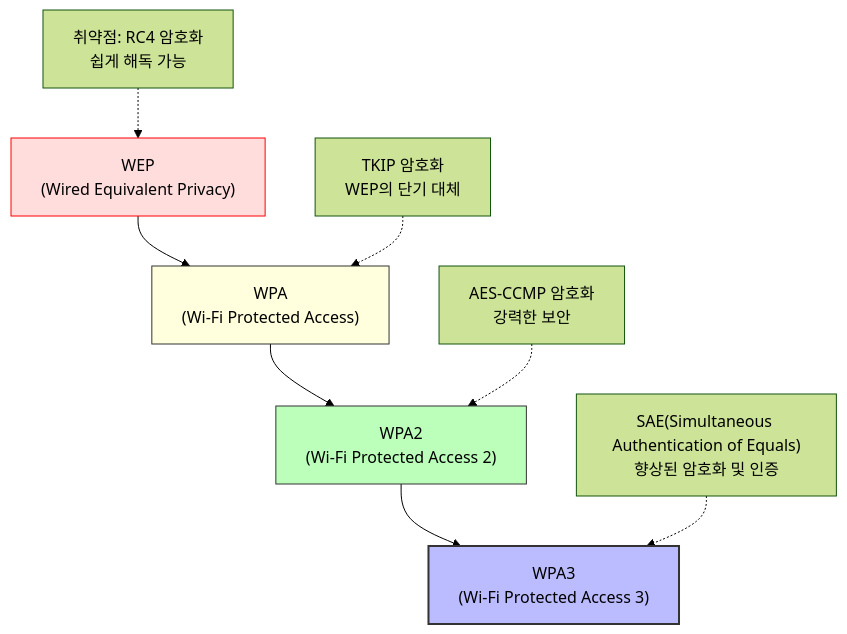
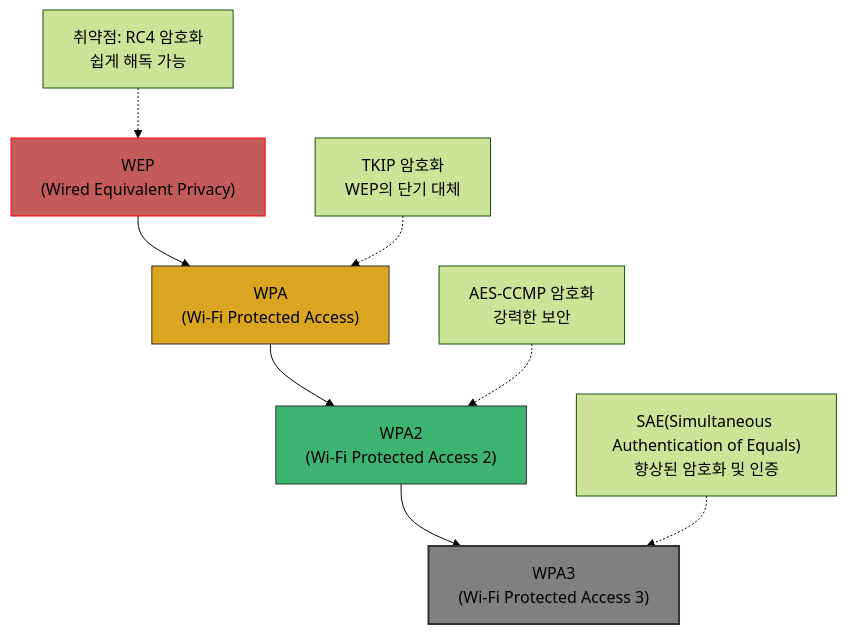
One commit to KalGookSoo/network-basic changed the fifth of 8 diagrams in chapters/07-3_wireless_network.md. Above: the diagram before and after it, drawn with Mermaid (forest theme). The commit also changed other lines of this file and 3 other files, not shown here.

Commit message:
docs: 표 시각 개선 - 다이어그램 색상 일관성 및 가독성 향상

````diff
--- a/chapters/07-3_wireless_network.md
+++ b/chapters/07-3_wireless_network.md
@@ -158,14 +158,14 @@
 ```mermaid
 graph TD
     A["WEP<br>(Wired Equivalent Privacy)"] --> B["WPA<br>(Wi-Fi Protected Access)"] --> C["WPA2<br>(Wi-Fi Protected Access 2)"] --> D["WPA3<br>(Wi-Fi Protected Access 3)"]
 
     E["취약점: RC4 암호화<br>쉽게 해독 가능"] -.-> A
     F["TKIP 암호화<br>WEP의 단기 대체"] -.-> B
     G["AES-CCMP 암호화<br>강력한 보안"] -.-> C
     H["SAE(Simultaneous Authentication of Equals)<br>향상된 암호화 및 인증"] -.-> D
 
-    style A fill:#fdd, stroke:#f00, stroke-width:1px, color:#000
-    style B fill:#ffd, stroke:#333, stroke-width:1px, color:#000
-    style C fill:#bfb, stroke:#333, stroke-width:1px, color:#000
-    style D fill:#bbf, stroke:#333, stroke-width:2px, color:#000
+    style A fill:#c35b5b, stroke:#f00, stroke-width:1px, color:#000
+    style B fill:#daa520, stroke:#333, stroke-width:1px, color:#000
+    style C fill:#3cb371, stroke:#333, stroke-width:1px, color:#000
+    style D fill:#808080, stroke:#333, stroke-width:2px, color:#000
 ```
````
